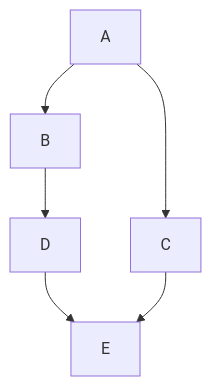
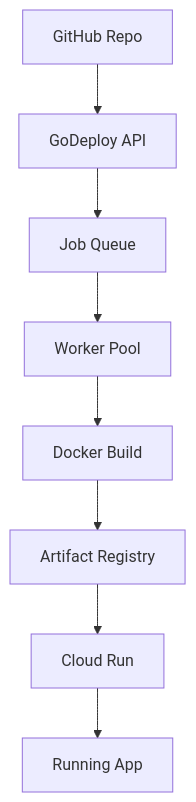
Before and after one commit to aidancorcoran/godeploy: the diagram in docs/architecture/overview.md, drawn with Mermaid.

Commit message:
docs: architecture overview

````diff
--- a/docs/architecture/overview.md
+++ b/docs/architecture/overview.md
@@ -3,8 +3,10 @@
 ```mermaid
 graph TD;
-    A-->B;
-    A-->C;
-    B-->D;
-    D-->E;
-    C-->E;
+    A[GitHub Repo]-->B[GoDeploy API];
+    B-->C[Job Queue];
+    C-->D[Worker Pool];
+    D-->E[Docker Build];
+    E-->F[Artifact Registry];
+    F-->G[Cloud Run];
+    G-->H[Running App];
 ```
````
